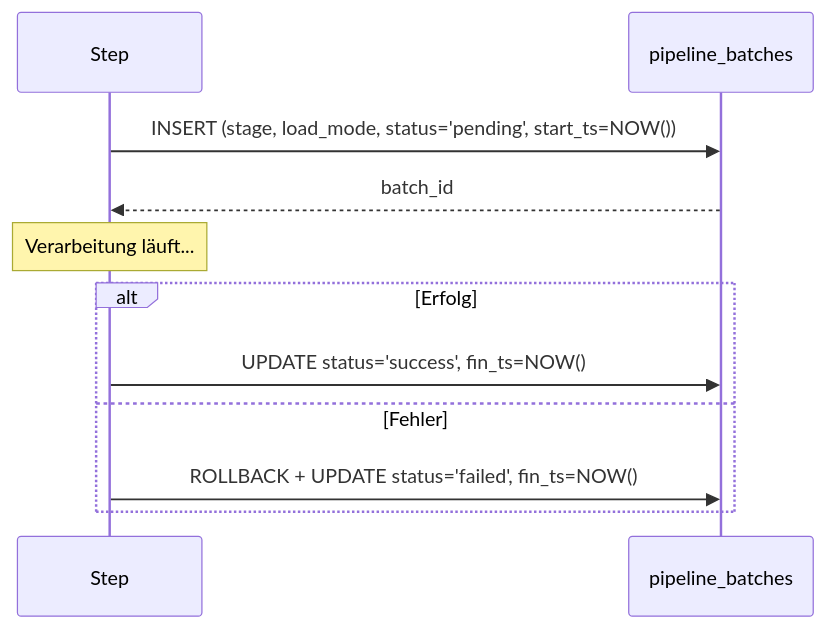
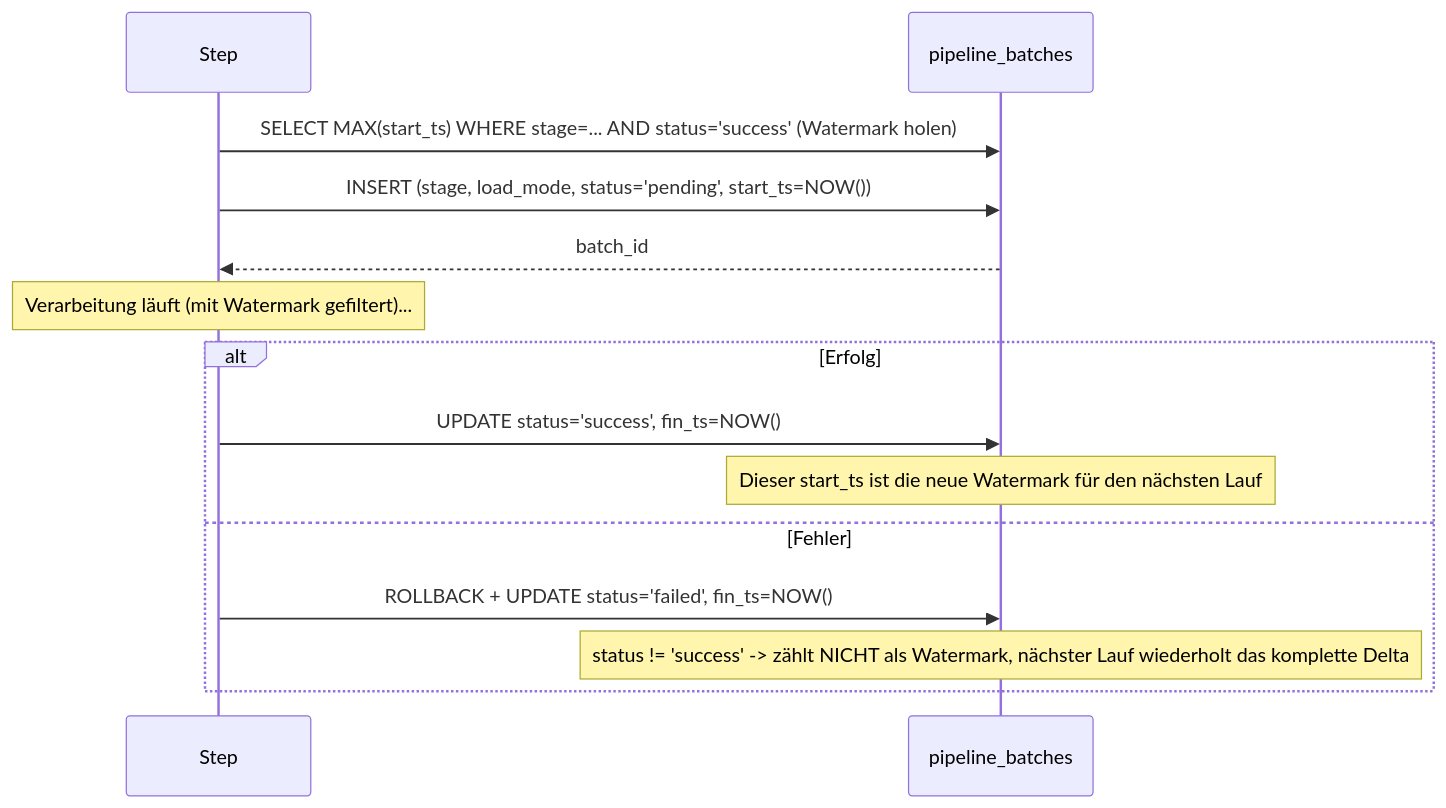
One commit to Tilmanzzz/media-lens changed the second of 3 diagrams in docs/silver_enriched/02_load_strategy.md. Above: the diagram before and after it, drawn with Mermaid. The commit also changed other lines of this file and 15 other files, not shown here.

````diff
--- a/docs/silver_enriched/02_load_strategy.md
+++ b/docs/silver_enriched/02_load_strategy.md
@@ -97,14 +112,17 @@
 ```mermaid
 sequenceDiagram
     participant S as Step
     participant DB as pipeline_batches
 
+    S->>DB: SELECT MAX(start_ts) WHERE stage=... AND status='success' (Watermark holen)
     S->>DB: INSERT (stage, load_mode, status='pending', start_ts=NOW())
     DB-->>S: batch_id
-    Note over S: Verarbeitung läuft...
+    Note over S: Verarbeitung läuft (mit Watermark gefiltert)...
     alt Erfolg
         S->>DB: UPDATE status='success', fin_ts=NOW()
+        Note over DB: Dieser start_ts ist die neue Watermark für den nächsten Lauf
     else Fehler
         S->>DB: ROLLBACK + UPDATE status='failed', fin_ts=NOW()
+        Note over DB: status != 'success' -> zählt NICHT als Watermark, nächster Lauf wiederholt das komplette Delta
     end
 ```
````
